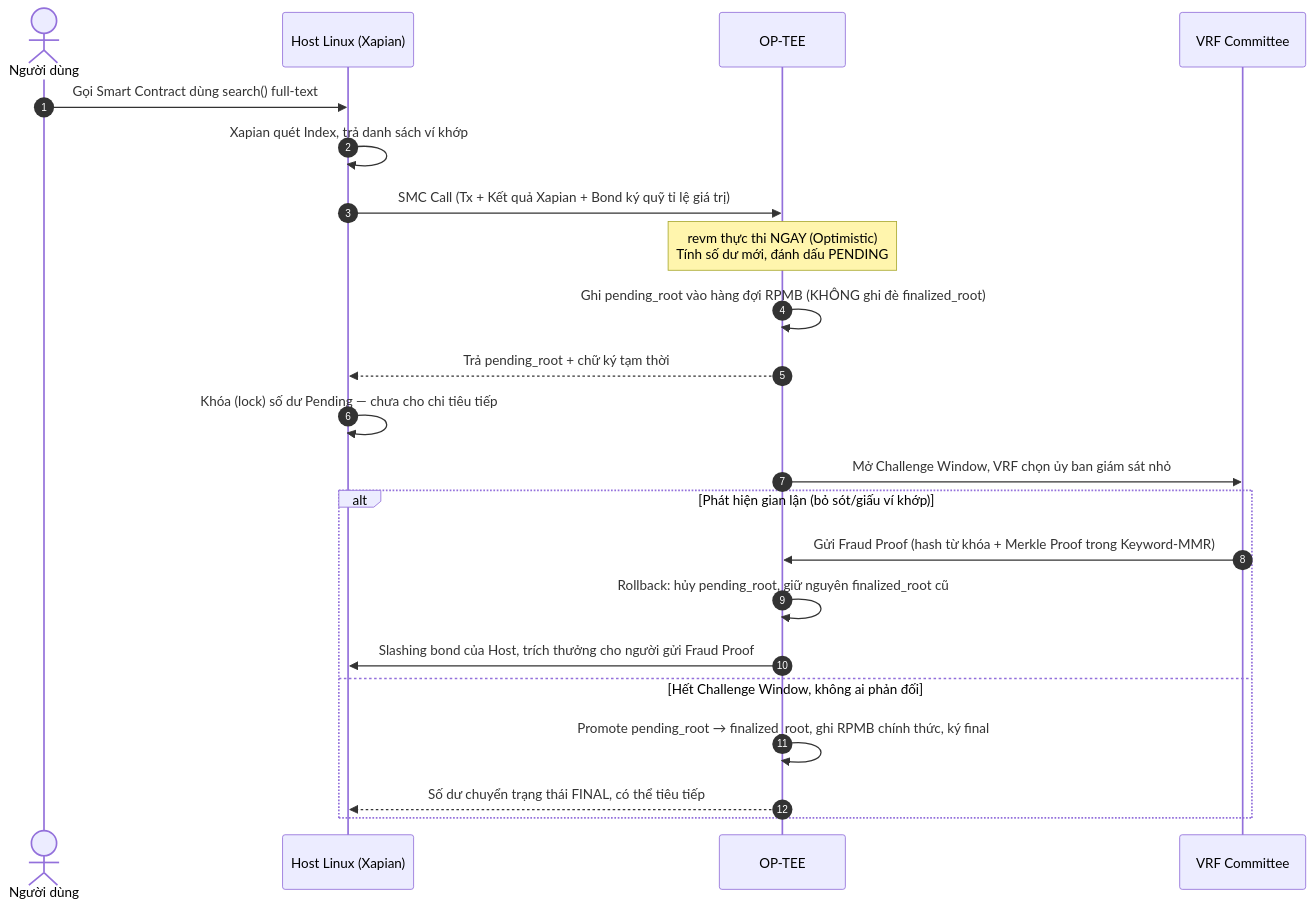
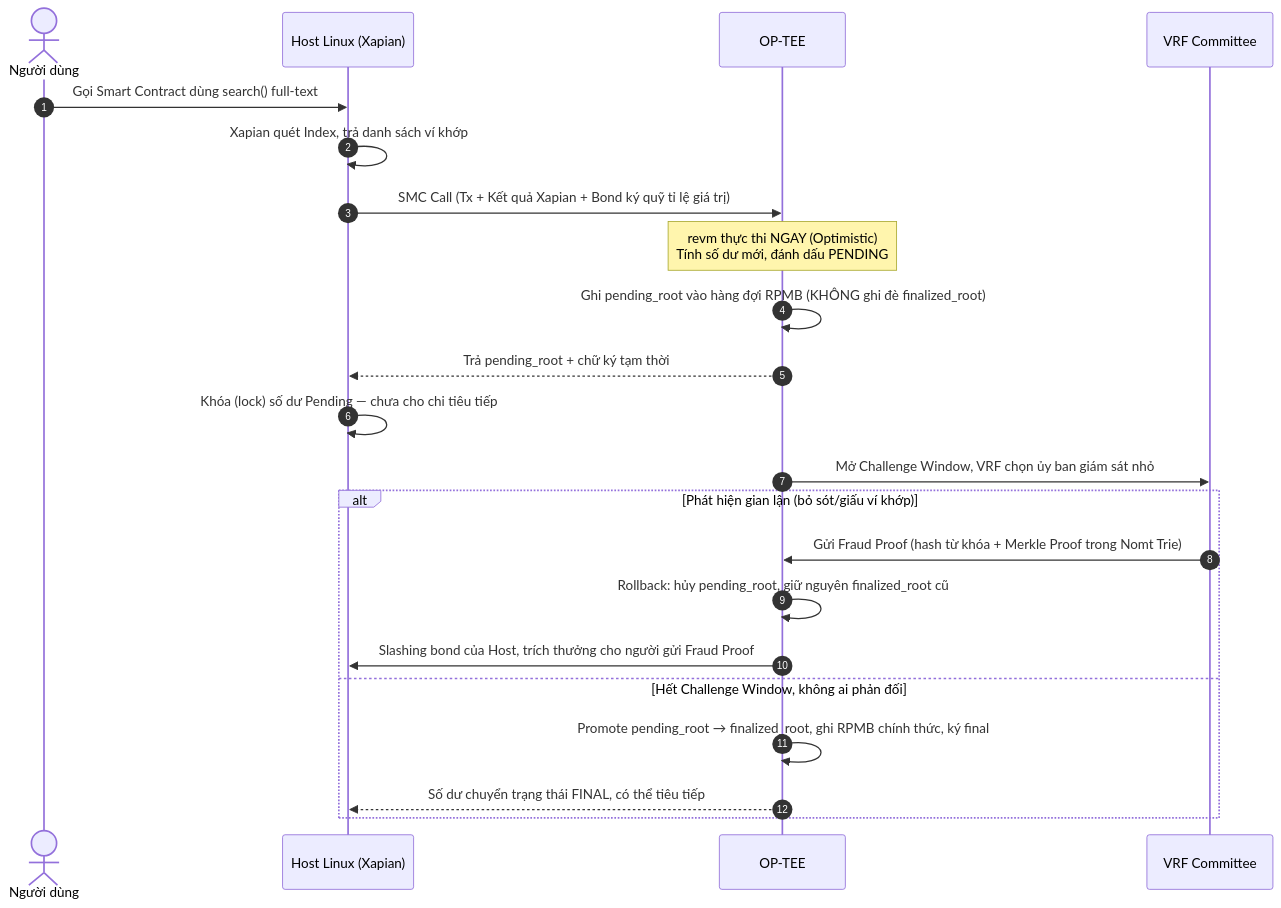
Before and after one commit to x3pi/metanode: the fourth of 5 diagrams in note/tee_architecture.md, drawn with Mermaid. The commit also changed other lines of this file and 3 other files, not shown here.

Commit message:
refactor(tee): replace MMR with Nomt Trie for Fraud Proof verification

````diff
--- a/note/tee_architecture.md
+++ b/note/tee_architecture.md
@@ -158,25 +158,25 @@
 ```mermaid
 sequenceDiagram
     autonumber
     actor U as Người dùng
     participant H as Host Linux (Xapian)
     participant T as OP-TEE
     participant V as VRF Committee
 
     U->>H: Gọi Smart Contract dùng search() full-text
     H->>H: Xapian quét Index, trả danh sách ví khớp
     H->>T: SMC Call (Tx + Kết quả Xapian + Bond ký quỹ tỉ lệ giá trị)
     Note over T: revm thực thi NGAY (Optimistic)<br/>Tính số dư mới, đánh dấu PENDING
     T->>T: Ghi pending_root vào hàng đợi RPMB (KHÔNG ghi đè finalized_root)
     T-->>H: Trả pending_root + chữ ký tạm thời
     H->>H: Khóa (lock) số dư Pending — chưa cho chi tiêu tiếp
     T->>V: Mở Challenge Window, VRF chọn ủy ban giám sát nhỏ
     alt Phát hiện gian lận (bỏ sót/giấu ví khớp)
-        V->>T: Gửi Fraud Proof (hash từ khóa + Merkle Proof trong Keyword-MMR)
+        V->>T: Gửi Fraud Proof (hash từ khóa + Merkle Proof trong Nomt Trie)
         T->>T: Rollback: hủy pending_root, giữ nguyên finalized_root cũ
         T->>H: Slashing bond của Host, trích thưởng cho người gửi Fraud Proof
     else Hết Challenge Window, không ai phản đối
         T->>T: Promote pending_root → finalized_root, ghi RPMB chính thức, ký final
         T-->>H: Số dư chuyển trạng thái FINAL, có thể tiêu tiếp
     end
 ```
````
